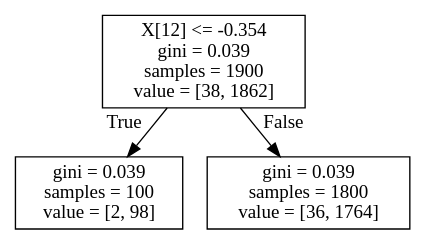
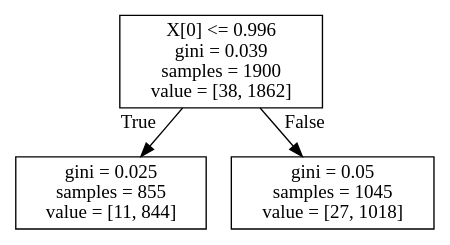
Before and after one commit to rocammo/kromaia-ai: the diagram in live/Vermis_model_dtc.dot, drawn with Graphviz. The commit also changed 20 other files, not shown here.

```diff
--- a/live/Vermis_model_dtc.dot
+++ b/live/Vermis_model_dtc.dot
@@ -1,8 +1,8 @@
 digraph Tree {
 node [shape=box] ;
-0 [label="X[12] <= -0.354\ngini = 0.039\nsamples = 1900\nvalue = [38, 1862]"] ;
-1 [label="gini = 0.039\nsamples = 100\nvalue = [2, 98]"] ;
+0 [label="X[0] <= 0.996\ngini = 0.039\nsamples = 1900\nvalue = [38, 1862]"] ;
+1 [label="gini = 0.025\nsamples = 855\nvalue = [11, 844]"] ;
 0 -> 1 [labeldistance=2.5, labelangle=45, headlabel="True"] ;
-2 [label="gini = 0.039\nsamples = 1800\nvalue = [36, 1764]"] ;
+2 [label="gini = 0.05\nsamples = 1045\nvalue = [27, 1018]"] ;
 0 -> 2 [labeldistance=2.5, labelangle=-45, headlabel="False"] ;
 }
```
